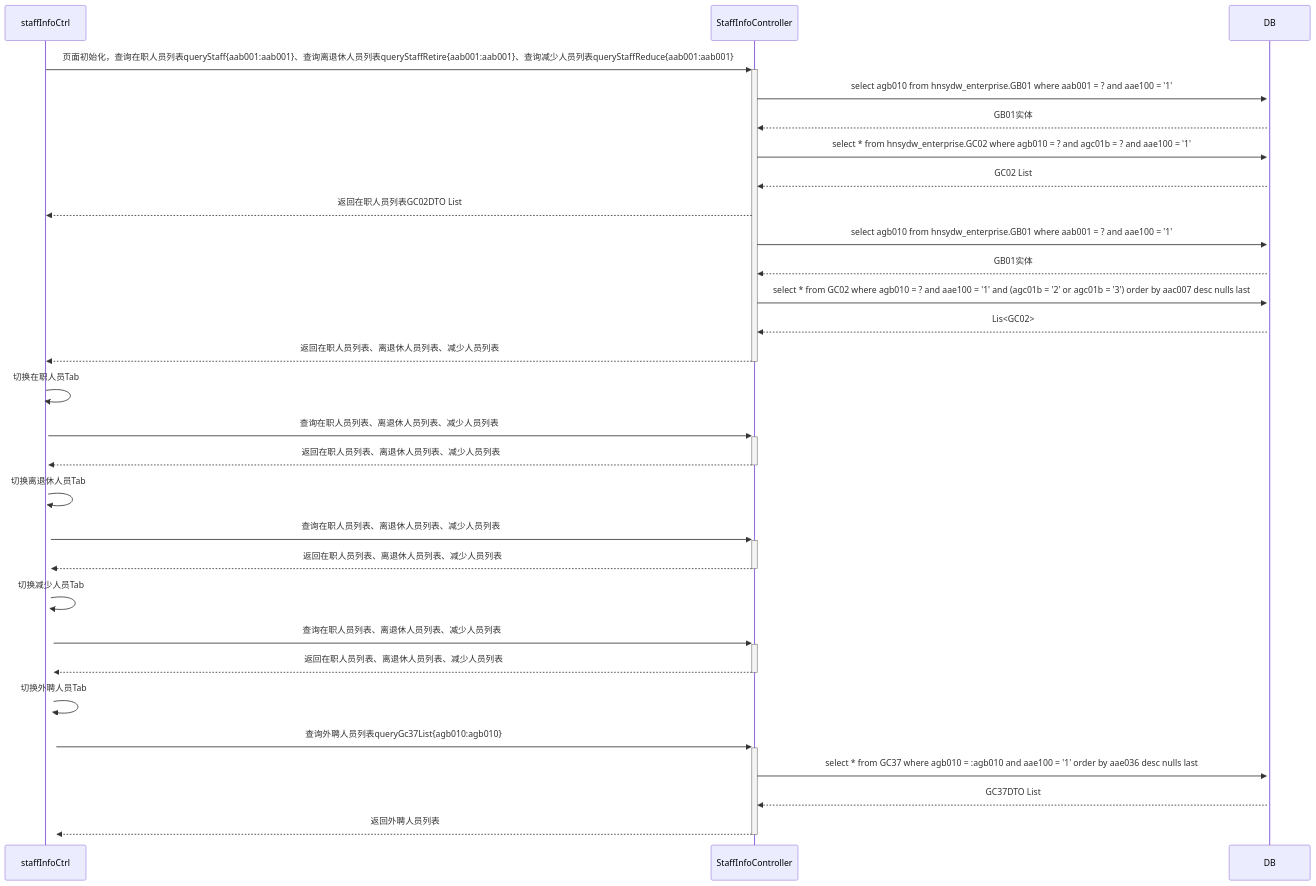
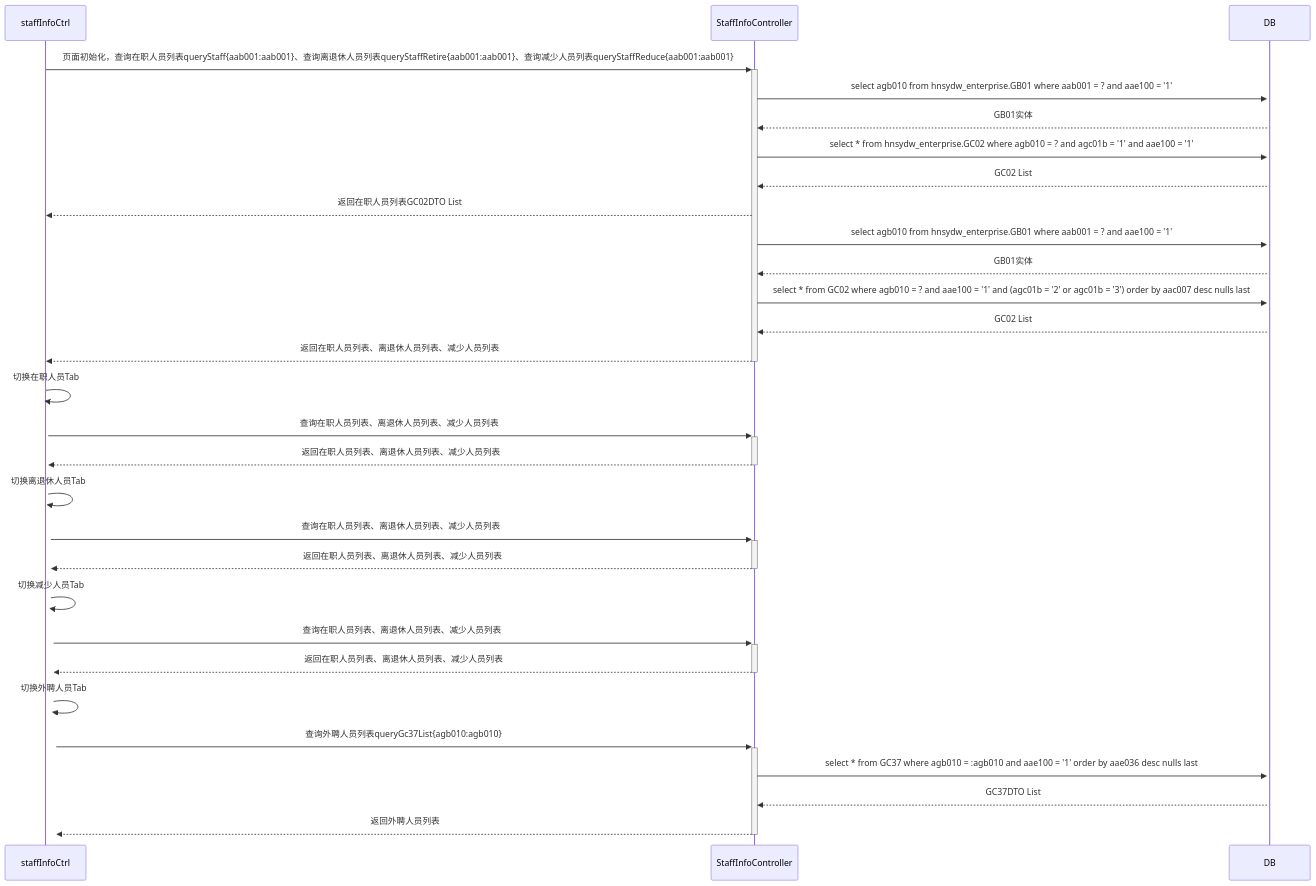
One commit to ZhangJianBeiJing/iodraw-files changed the diagram in all/人员基本信息初始化页面多Tab调用业务流程.md. Above: the diagram before and after it, drawn with Mermaid.

Commit message:
2025-03-25 10:49:56 update

````diff
--- a/all/人员基本信息初始化页面多Tab调用业务流程.md
+++ b/all/人员基本信息初始化页面多Tab调用业务流程.md
@@ -1,30 +1,30 @@
 ```mermaid
 sequenceDiagram
     staffInfoCtrl->>+StaffInfoController: 页面初始化，查询在职人员列表queryStaff{aab001:aab001}、查询离退休人员列表queryStaffRetire{aab001:aab001}、查询减少人员列表queryStaffReduce{aab001:aab001}
     
     StaffInfoController->>+DB:select agb010 from hnsydw_enterprise.GB01 where aab001 = ? and aae100 = '1'
     DB-->>StaffInfoController:GB01实体
-    StaffInfoController->>+DB:select * from hnsydw_enterprise.GC02 where agb010 = ? and agc01b = ? and aae100 = '1'
+    StaffInfoController->>+DB:select * from hnsydw_enterprise.GC02 where agb010 = ? and agc01b = '1' and aae100 = '1'
     DB-->>StaffInfoController:GC02 List
     StaffInfoController-->>staffInfoCtrl:返回在职人员列表GC02DTO List
     
     StaffInfoController->>+DB:select agb010 from hnsydw_enterprise.GB01 where aab001 = ? and aae100 = '1'
     DB-->>StaffInfoController:GB01实体
     StaffInfoController->>+DB:select * from GC02 where agb010 = ? and aae100 = '1' and (agc01b = '2' or agc01b = '3') order by aac007 desc nulls last 
-    DB-->>StaffInfoController:Lis<GC02>
+    DB-->>StaffInfoController:GC02 List
     StaffInfoController-->>-staffInfoCtrl:返回在职人员列表、离退休人员列表、减少人员列表
     staffInfoCtrl->>+staffInfoCtrl:切换在职人员Tab
     staffInfoCtrl->>+StaffInfoController:查询在职人员列表、离退休人员列表、减少人员列表
     StaffInfoController-->>-staffInfoCtrl:返回在职人员列表、离退休人员列表、减少人员列表
     staffInfoCtrl->>+staffInfoCtrl:切换离退休人员Tab
     staffInfoCtrl->>+StaffInfoController:查询在职人员列表、离退休人员列表、减少人员列表
     StaffInfoController-->>-staffInfoCtrl:返回在职人员列表、离退休人员列表、减少人员列表
     staffInfoCtrl->>+staffInfoCtrl:切换减少人员Tab
     staffInfoCtrl->>+StaffInfoController:查询在职人员列表、离退休人员列表、减少人员列表
     StaffInfoController-->>-staffInfoCtrl:返回在职人员列表、离退休人员列表、减少人员列表
     staffInfoCtrl->>+staffInfoCtrl:切换外聘人员Tab
     staffInfoCtrl->>+StaffInfoController:查询外聘人员列表queryGc37List{agb010:agb010}
     StaffInfoController->>+DB:select * from GC37 where agb010 = :agb010 and aae100 = '1' order by aae036 desc nulls last
     DB-->>StaffInfoController:GC37DTO List 
     StaffInfoController-->>-staffInfoCtrl:返回外聘人员列表
 ```
````
